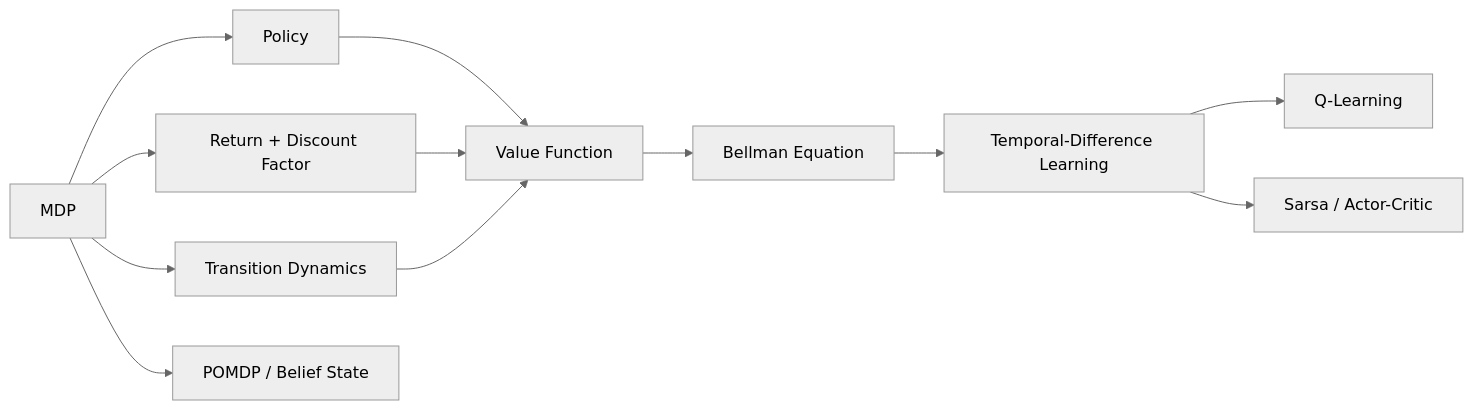
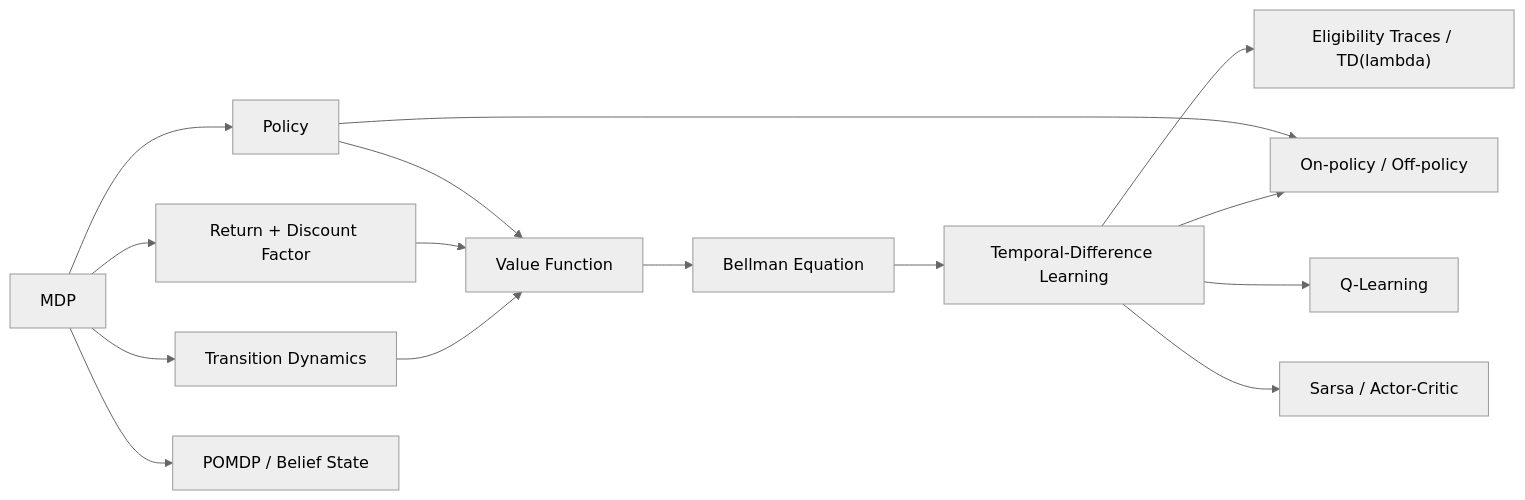
The ninth of 9 diagrams in KNOWLEDGE_GRAPH.md (hundredthtree-OvO/EmbodiedCard), drawn with Mermaid (neutral theme) before and after one commit. The commit also changed other lines of this file and 5 other files, not shown here.

Commit message:
add policy and eligibility trace learning cards

````diff
--- a/KNOWLEDGE_GRAPH.md
+++ b/KNOWLEDGE_GRAPH.md
@@ -120,14 +120,17 @@
 ```mermaid
 flowchart LR
     M["MDP"] --> P["Policy"]
     M --> R["Return + Discount Factor"]
     M --> T["Transition Dynamics"]
     P --> V["Value Function"]
     R --> V
     T --> V
     V --> B["Bellman Equation"]
     B --> TD["Temporal-Difference Learning"]
+    TD --> ET["Eligibility Traces / TD(lambda)"]
+    P --> OO["On-policy / Off-policy"]
+    TD --> OO
     TD --> Q["Q-Learning"]
     TD --> AC["Sarsa / Actor-Critic"]
     M --> O["POMDP / Belief State"]
 ```
````
